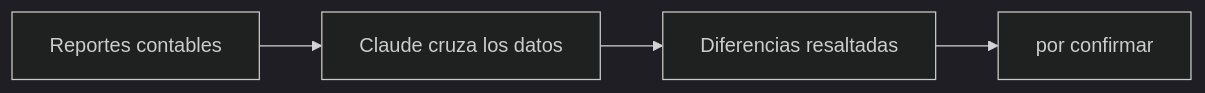
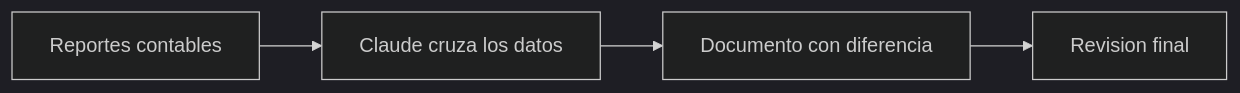
One commit to DarioArteaga/unacem-marketplace changed the diagram in content/casos/conciliacion-registros-contables.md. Above: the diagram before and after it, drawn with Mermaid (dark theme). The commit also changed other lines of this file and 19 other files, not shown here.

````diff
--- a/content/casos/conciliacion-registros-contables.md
+++ b/content/casos/conciliacion-registros-contables.md
@@ -21,6 +37,6 @@
 ```mermaid
 flowchart LR
     A[Reportes contables] --> B[Claude cruza los datos]
-    B --> C[Diferencias resaltadas]
-    C --> D[por confirmar]
+    B --> C[Documento con diferencia]
+    C --> D[Revision final]
 ```
````
